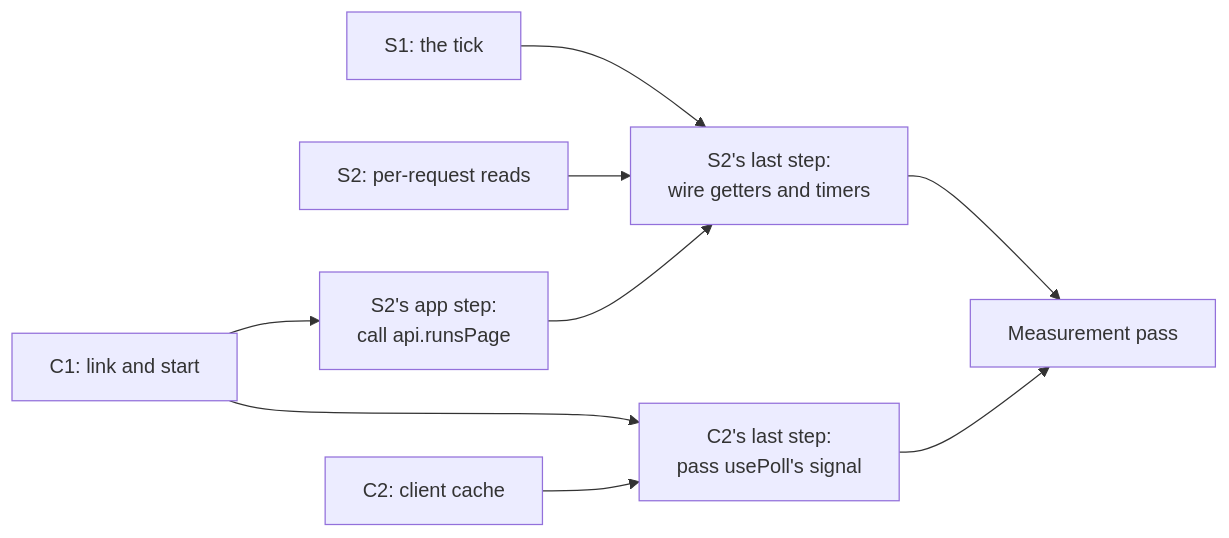
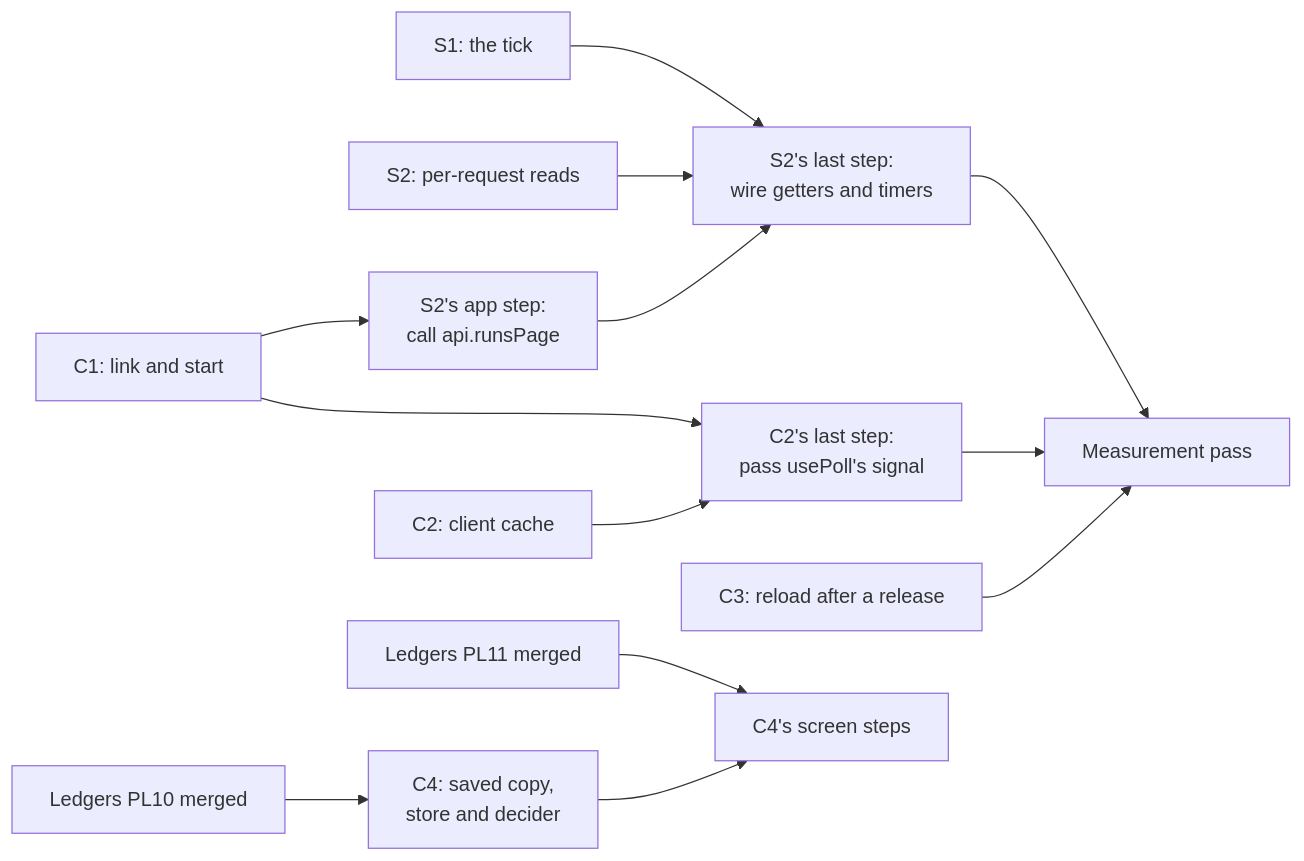
Before and after one commit to Synapsium-Labs/ccrc-pwa: the ninth of 9 diagrams in docs/superpowers/specs/2026-11-04-console-speed-design.md, drawn with Mermaid. The commit also changed other lines of this file and 2 other files, not shown here.

First line of the commit message:
docs(desktop-polish): reload after a release and a saved copy on a cold start (items 33, 34; D-7997, D-7998)

````diff
--- a/docs/superpowers/specs/2026-11-04-console-speed-design.md
+++ b/docs/superpowers/specs/2026-11-04-console-speed-design.md
@@ -213,11 +281,15 @@
 ```mermaid
 flowchart LR
   S1["S1: the tick"] --> S2W["S2's last step:<br/>wire getters and timers"]
   S2["S2: per-request reads"] --> S2W
   C1["C1: link and start"] --> C2W["C2's last step:<br/>pass usePoll's signal"]
   C1 --> S2P["S2's app step:<br/>call api.runsPage"]
   S2P --> S2W
   C2["C2: client cache"] --> C2W
   S2W --> M["Measurement pass"]
   C2W --> M
+  C3["C3: reload after a release"] --> M
+  PL10["Ledgers PL10 merged"] --> C4["C4: saved copy,<br/>store and decider"]
+  PL11["Ledgers PL11 merged"] --> C4S["C4's screen steps"]
+  C4 --> C4S
 ```
````
